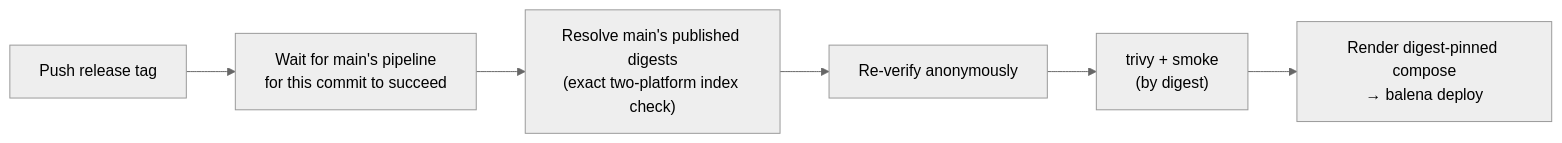
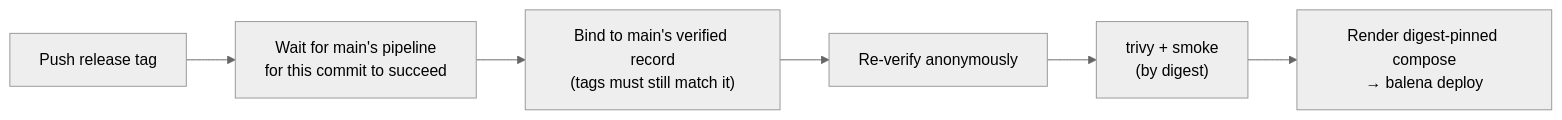
The second of 2 diagrams in docs/image-pipeline.md (cwdcwd/vector-sigma), drawn with Mermaid (neutral theme) before and after one commit. The commit also changed other lines of this file and 4 other files, not shown here.

````diff
--- a/docs/image-pipeline.md
+++ b/docs/image-pipeline.md
@@ -89,8 +89,8 @@
 ```mermaid
 flowchart LR
   T["Push release tag"] --> W["Wait for main's pipeline<br/>for this commit to succeed"]
-  W --> R["Resolve main's published digests<br/>(exact two-platform index check)"]
+  W --> R["Bind to main's verified record<br/>(tags must still match it)"]
   R --> V["Re-verify anonymously"]
   V --> S["trivy + smoke<br/>(by digest)"]
   S --> D["Render digest-pinned compose<br/>→ balena deploy"]
 ```
````
